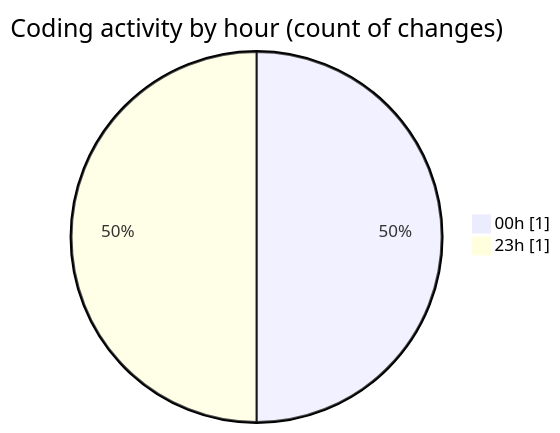
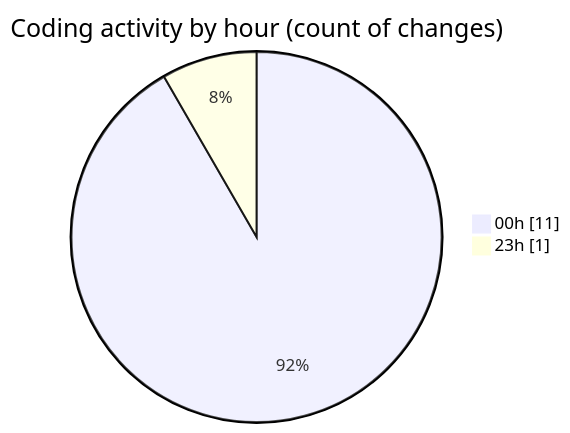
Before and after one commit to EIIisD/code-tracking: the second of 2 diagrams in 2025-07-29/refunds/README.md, drawn with Mermaid. The commit also changed other lines of this file and 1 other file, not shown here.

````diff
--- a/2025-07-29/refunds/README.md
+++ b/2025-07-29/refunds/README.md
@@ -28,6 +28,6 @@
 ```mermaid
 pie showData
 title Coding activity by hour (count of changes)
-"00h" : 1
+"00h" : 11
 "23h" : 1
 ```
````
